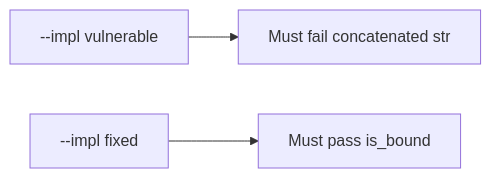
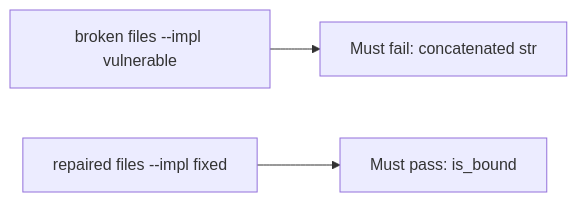
The diagram in content/modules/5/5.5/lessons/05-verify.md (ishitvagoel/LearnSecurity), drawn with Mermaid before and after one commit. The commit also changed other lines of this file and 39 other files, not shown here.

````diff
--- a/content/modules/5/5.5/lessons/05-verify.md
+++ b/content/modules/5/5.5/lessons/05-verify.md
@@ -15,5 +14,5 @@
 ```mermaid
 flowchart LR
-  V["--impl vulnerable"] --> F["Must fail concatenated str"]
-  X["--impl fixed"] --> P["Must pass is_bound"]
+  V["broken files --impl vulnerable"] --> F[Must fail: concatenated str]
+  X["repaired files --impl fixed"] --> P[Must pass: is_bound]
 ```
````
